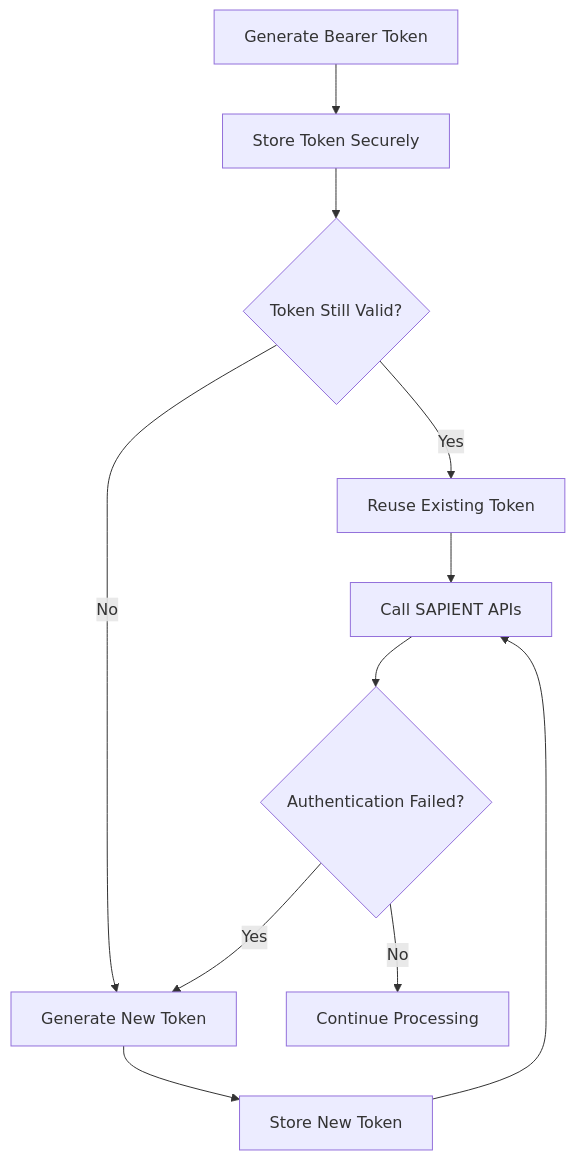
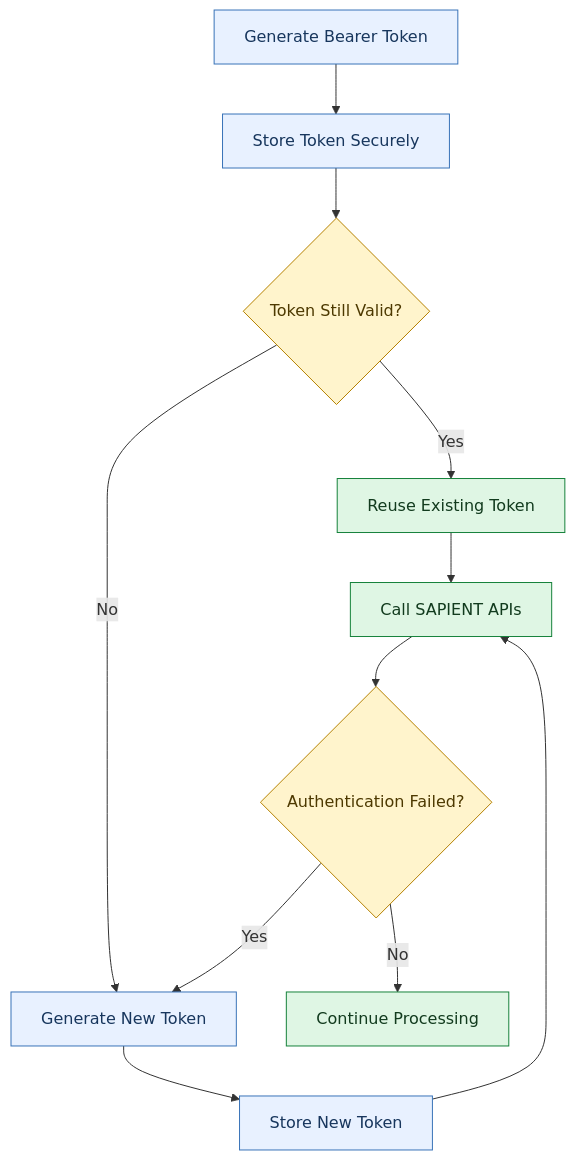
The diagram in docs/Shipment lifecycle and best practices/shipment-lifecycle-and-best-practices/authentication-best-practices.md (SHaroonShah/Readme-Developers-Hub---Production), drawn with Mermaid before and after one commit.

Commit message:
Updated "Authentication best practices" in docs

````diff
--- a/docs/Shipment lifecycle and best practices/shipment-lifecycle-and-best-practices/authentication-best-practices.md
+++ b/docs/Shipment lifecycle and best practices/shipment-lifecycle-and-best-practices/authentication-best-practices.md
@@ -26,19 +26,27 @@
 ```mermaid
 flowchart TD
 
     A[Generate Bearer Token] --> B[Store Token Securely]
 
     B --> C{Token Still Valid?}
 
     C -->|Yes| D[Reuse Existing Token]
     C -->|No| E[Generate New Token]
 
     D --> F[Call SAPIENT APIs]
     E --> G[Store New Token]
     G --> F
 
     F --> H{Authentication Failed?}
 
     H -->|No| I[Continue Processing]
     H -->|Yes| E
+
+    classDef ready fill:#dff6e4,stroke:#16823b,color:#123b1e;
+    classDef decision fill:#fff4cc,stroke:#b58100,color:#4d3900;
+    classDef action fill:#e8f1ff,stroke:#3973b8,color:#17365d;
+
+    class A,B,E,G action;
+    class C,H decision;
+    class D,F,I ready;
 ```
````
